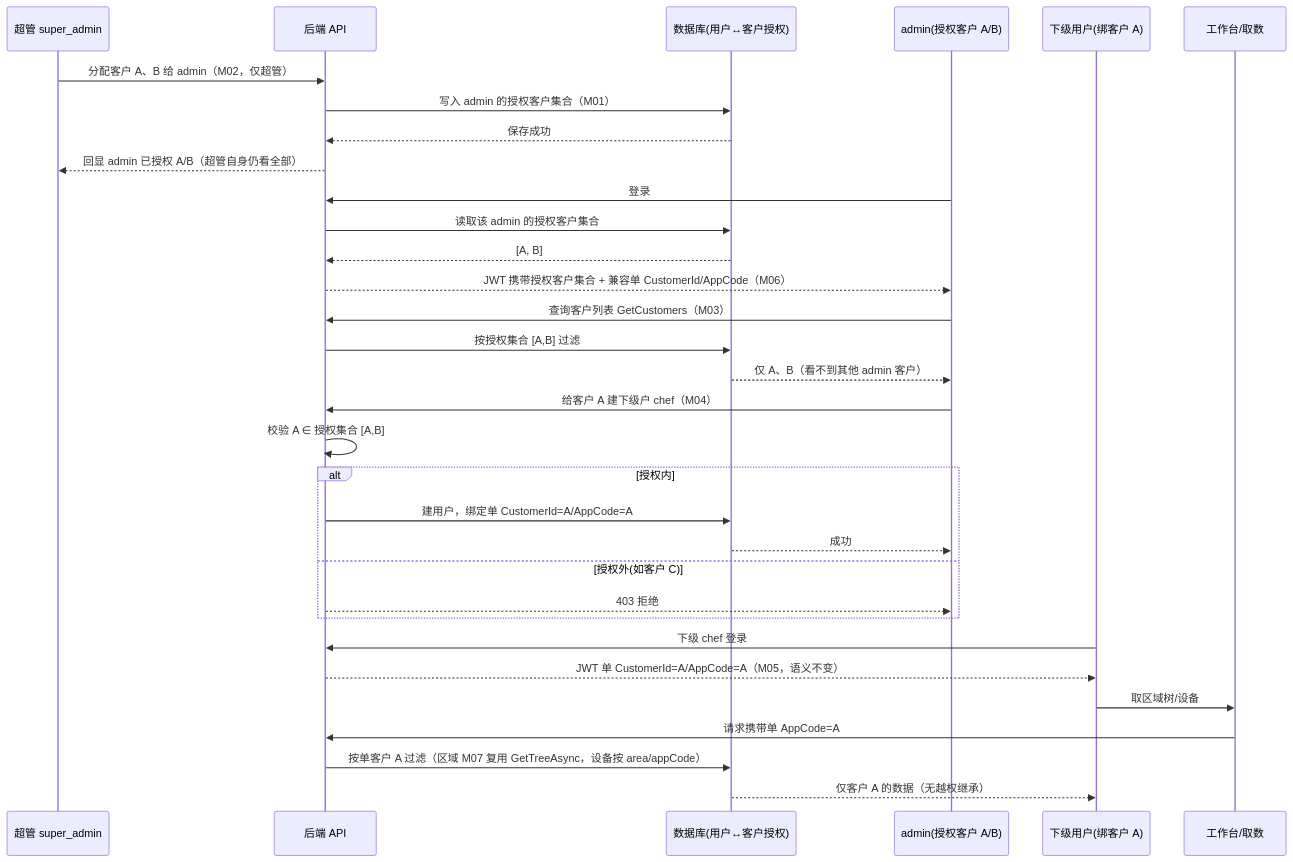
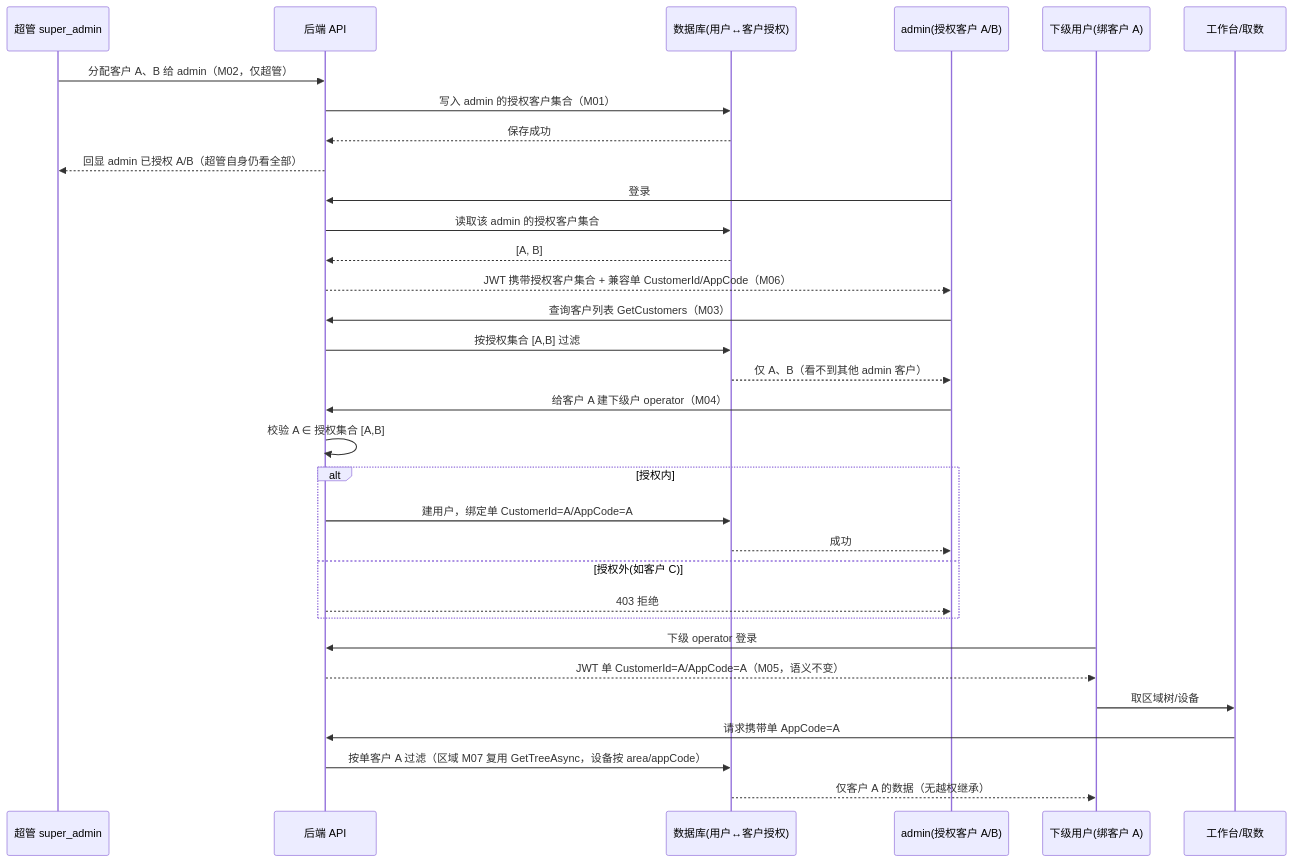
One commit to Hunterting/IoTPlatform changed the diagram in .workbuddy/design/multi-customer-auth-prd.md. Above: the diagram before and after it, drawn with Mermaid. The commit also changed other lines of this file and 4 other files, not shown here.

````diff
--- a/.workbuddy/design/multi-customer-auth-prd.md
+++ b/.workbuddy/design/multi-customer-auth-prd.md
@@ -82,40 +82,40 @@
 ```mermaid
 sequenceDiagram
     participant SA as 超管 super_admin
     participant API as 后端 API
     participant DB as 数据库(用户↔客户授权)
     participant AD as admin(授权客户 A/B)
     participant SUB as 下级用户(绑客户 A)
     participant W as 工作台/取数
 
     SA->>API: 分配客户 A、B 给 admin（M02，仅超管）
     API->>DB: 写入 admin 的授权客户集合（M01）
     DB-->>API: 保存成功
     API-->>SA: 回显 admin 已授权 A/B（超管自身仍看全部）
 
     AD->>API: 登录
     API->>DB: 读取该 admin 的授权客户集合
     DB-->>API: [A, B]
     API-->>AD: JWT 携带授权客户集合 + 兼容单 CustomerId/AppCode（M06）
 
     AD->>API: 查询客户列表 GetCustomers（M03）
     API->>DB: 按授权集合 [A,B] 过滤
     DB-->>AD: 仅 A、B（看不到其他 admin 客户）
 
-    AD->>API: 给客户 A 建下级户 chef（M04）
+    AD->>API: 给客户 A 建下级户 operator（M04）
     API->>API: 校验 A ∈ 授权集合 [A,B]
     alt 授权内
         API->>DB: 建用户，绑定单 CustomerId=A/AppCode=A
         DB-->>AD: 成功
     else 授权外(如客户 C)
         API-->>AD: 403 拒绝
     end
 
-    SUB->>API: 下级 chef 登录
+    SUB->>API: 下级 operator 登录
     API-->>SUB: JWT 单 CustomerId=A/AppCode=A（M05，语义不变）
 
     SUB->>W: 取区域树/设备
     W->>API: 请求携带单 AppCode=A
     API->>DB: 按单客户 A 过滤（区域 M07 复用 GetTreeAsync，设备按 area/appCode）
     DB-->>SUB: 仅客户 A 的数据（无越权继承）
 ```
````
